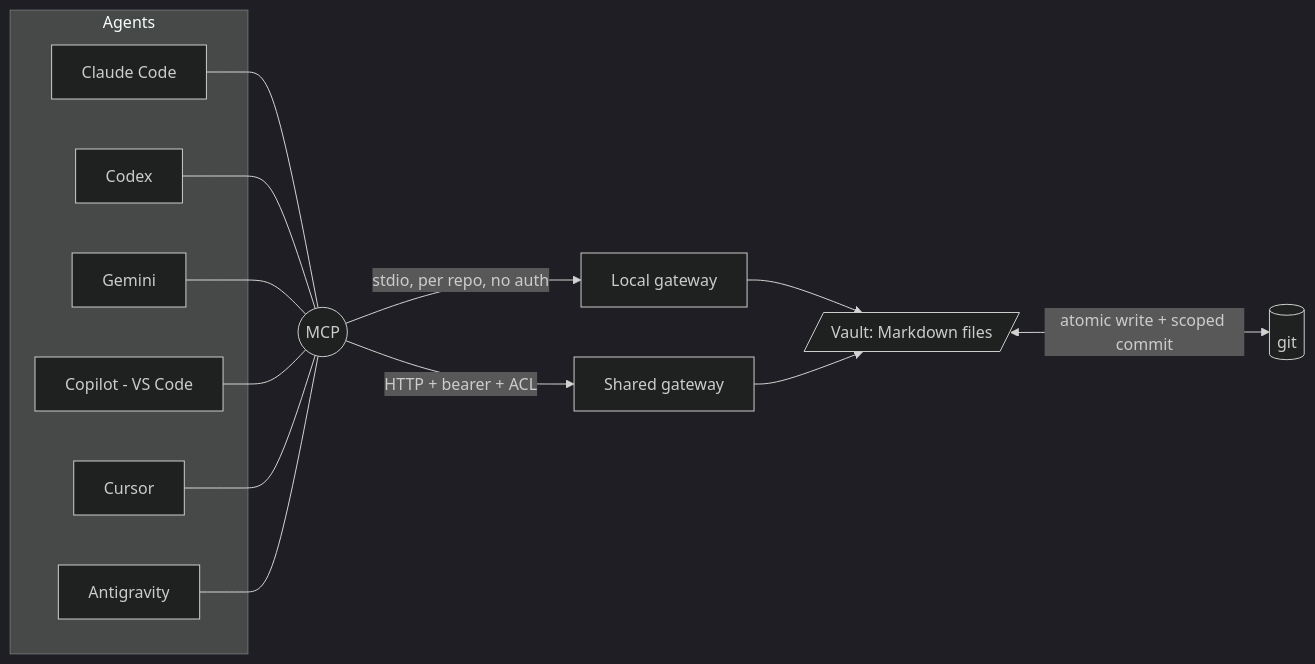
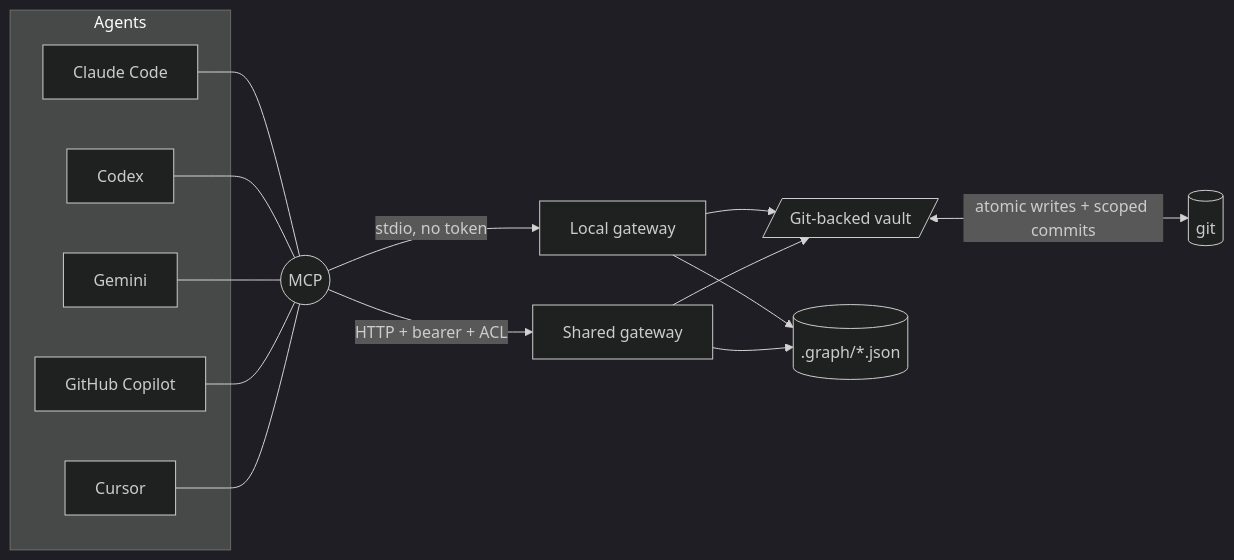
One commit to fszalaj/knowledge-gateway changed the first of 2 diagrams in README.md. Above: the diagram before and after it, drawn with Mermaid (dark theme). The commit also changed other lines of this file, not shown here.

````diff
--- a/README.md
+++ b/README.md
@@ -20,22 +16,22 @@
 ```mermaid
 flowchart LR
     subgraph clients [Agents]
-        A1[Claude Code]
-        A2[Codex]
-        A3[Gemini]
-        A4[Copilot - VS Code]
-        A5[Cursor]
-        A6[Antigravity]
+        C1[Claude Code]
+        C2[Codex]
+        C3[Gemini]
+        C4[GitHub Copilot]
+        C5[Cursor]
     end
-    A1 --- M(( MCP ))
-    A2 --- M
-    A3 --- M
-    A4 --- M
-    A5 --- M
-    A6 --- M
-    M -->|stdio, per repo, no auth| L[Local gateway]
+    C1 --- M((MCP))
+    C2 --- M
+    C3 --- M
+    C4 --- M
+    C5 --- M
+    M -->|stdio, no token| L[Local gateway]
     M -->|HTTP + bearer + ACL| S[Shared gateway]
-    L --> V[/Vault: Markdown files/]
+    L --> V[/Git-backed vault/]
     S --> V
-    V <-->|atomic write + scoped commit| G[(git)]
+    V <-->|atomic writes + scoped commits| G[(git)]
+    L --> CG[(.graph/*.json)]
+    S --> CG
 ```
````
